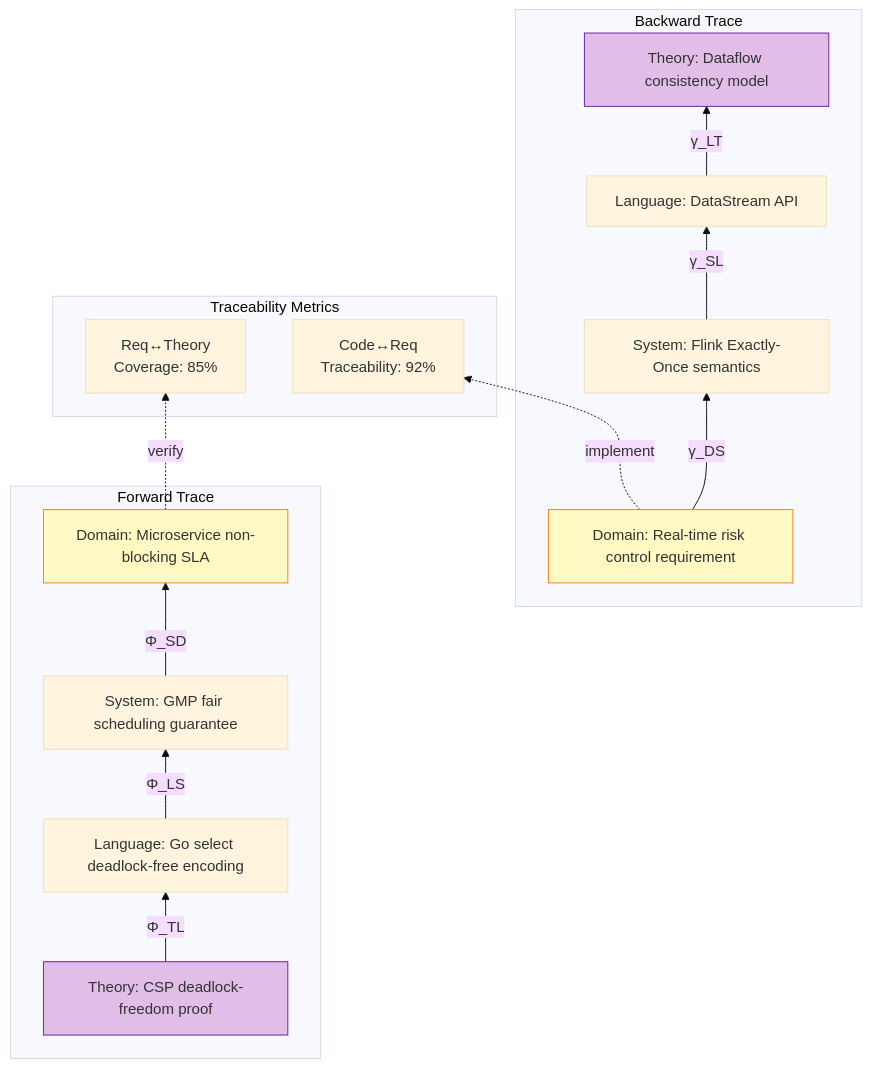
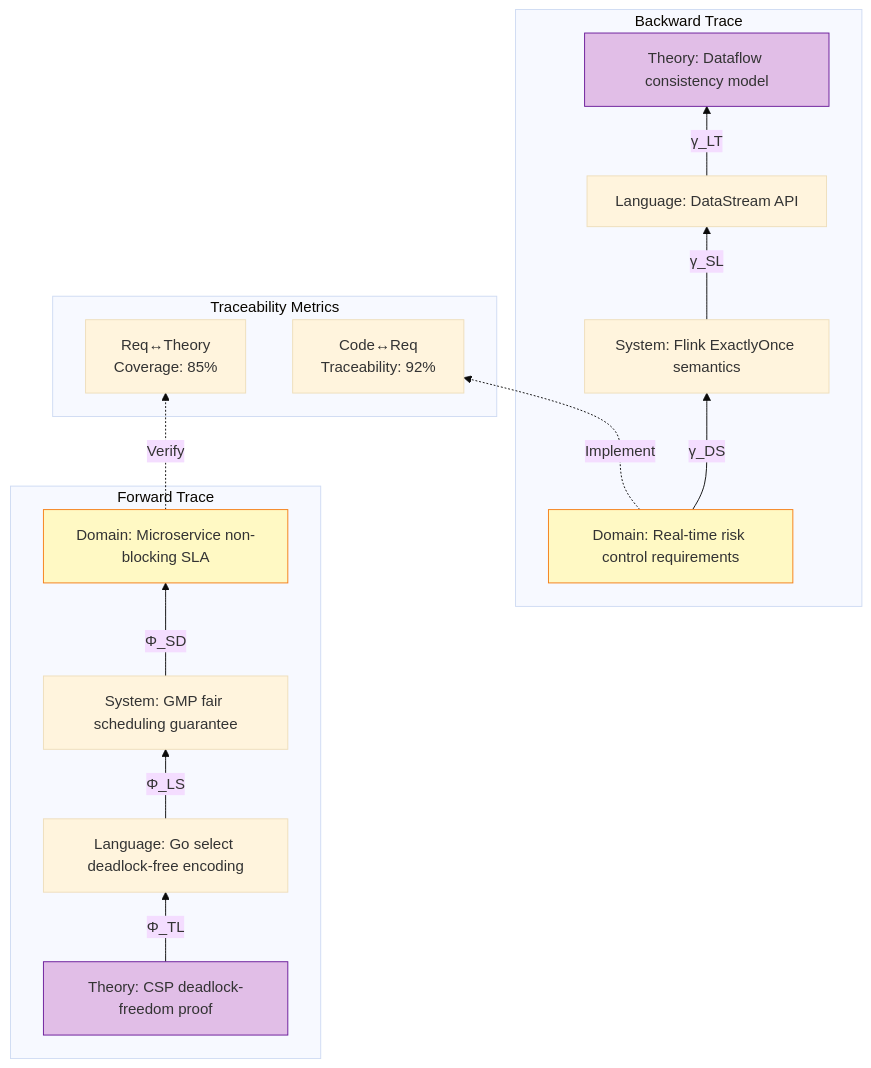
One commit to AdaMartin18010/AnalysisDataFlow changed the fourth of 4 diagrams in i18n/en/Struct/03-relationships/03.05-cross-model-mappings.md. Above: the diagram before and after it, drawn with Mermaid (base theme). The commit also changed other lines of this file and 154 other files, not shown here.

````diff
--- a/i18n/en/Struct/03-relationships/03.05-cross-model-mappings.md
+++ b/i18n/en/Struct/03-relationships/03.05-cross-model-mappings.md
@@ -770,37 +769,37 @@
 ```mermaid
 graph BT
     subgraph "Forward Trace"
         F1[Theory: CSP deadlock-freedom proof]
         F2[Language: Go select deadlock-free encoding]
         F3[System: GMP fair scheduling guarantee]
         F4[Domain: Microservice non-blocking SLA]
 
         F1 -->|Φ_TL| F2
         F2 -->|Φ_LS| F3
         F3 -->|Φ_SD| F4
     end
 
     subgraph "Backward Trace"
-        B1[Domain: Real-time risk control requirement]
-        B2[System: Flink Exactly-Once semantics]
+        B1[Domain: Real-time risk control requirements]
+        B2[System: Flink ExactlyOnce semantics]
         B3[Language: DataStream API]
         B4[Theory: Dataflow consistency model]
 
         B1 -->|γ_DS| B2
         B2 -->|γ_SL| B3
         B3 -->|γ_LT| B4
     end
 
     subgraph "Traceability Metrics"
         M1["Req↔Theory<br/>Coverage: 85%"]
         M2["Code↔Req<br/>Traceability: 92%"]
     end
 
-    F4 -.->|verify| M1
-    B1 -.->|implement| M2
+    F4 -.->|Verify| M1
+    B1 -.->|Implement| M2
 
     style F1 fill:#e1bee7,stroke:#6a1b9a
     style F4 fill:#fff9c4,stroke:#f57f17
     style B1 fill:#fff9c4,stroke:#f57f17
     style B4 fill:#e1bee7,stroke:#6a1b9a
 ```
````
